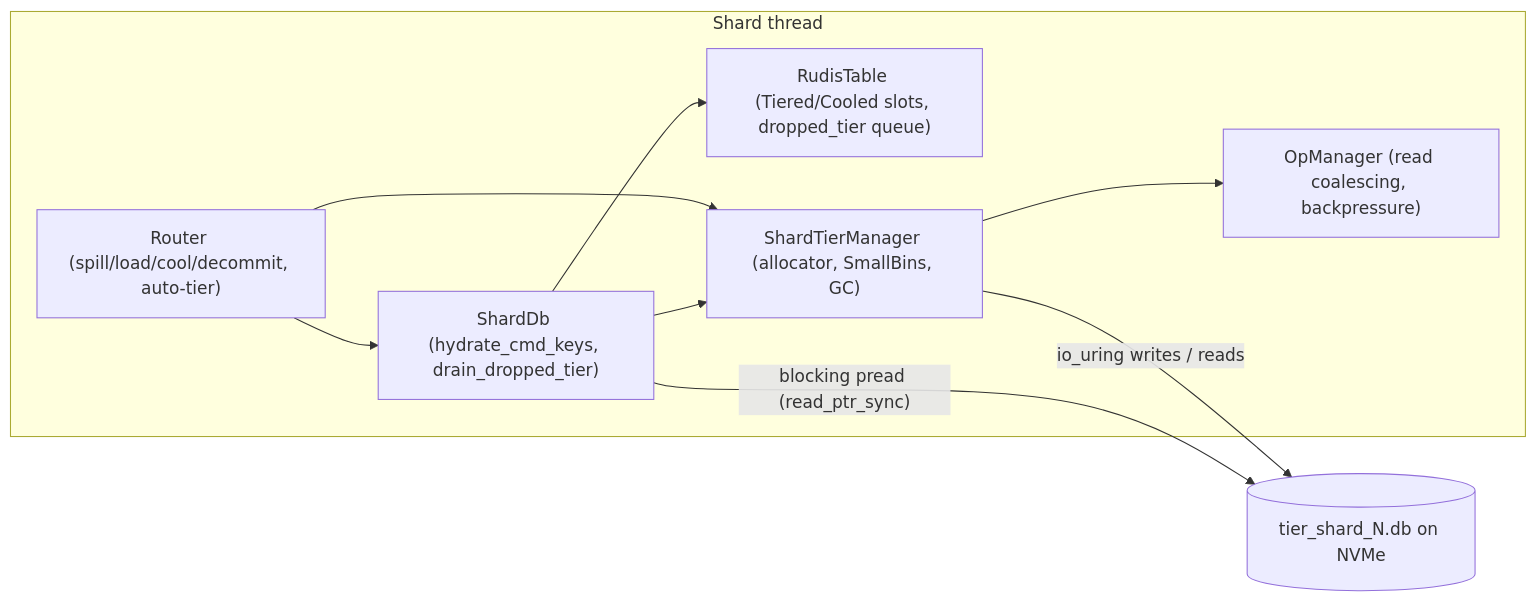
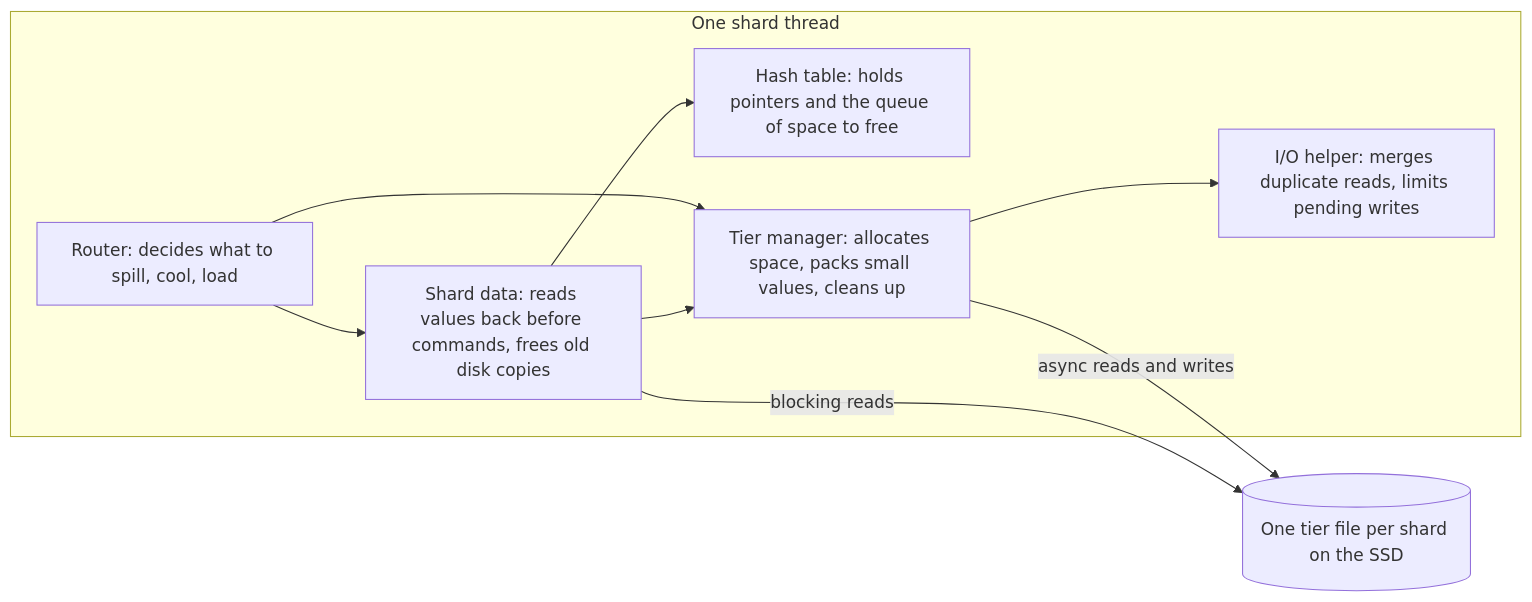
One commit to warrenzhu25/rudis changed the second of 2 diagrams in docs/internal/07_nvme_tiering.md. Above: the diagram before and after it, drawn with Mermaid. The commit also changed other lines of this file and 18 other files, not shown here.

````diff
--- a/docs/internal/07_nvme_tiering.md
+++ b/docs/internal/07_nvme_tiering.md
@@ -69,17 +74,17 @@
 ```mermaid
 flowchart LR
-    subgraph Shard thread
-        R["Router (spill/load/cool/decommit, auto-tier)"]
-        DB["ShardDb (hydrate_cmd_keys, drain_dropped_tier)"]
-        T["RudisTable (Tiered/Cooled slots, dropped_tier queue)"]
-        TM["ShardTierManager (allocator, SmallBins, GC)"]
-        OM["OpManager (read coalescing, backpressure)"]
+    subgraph "One shard thread"
+        R["Router: decides what to spill, cool, load"]
+        DB["Shard data: reads values back before commands, frees old disk copies"]
+        T["Hash table: holds pointers and the queue of space to free"]
+        TM["Tier manager: allocates space, packs small values, cleans up"]
+        OM["I/O helper: merges duplicate reads, limits pending writes"]
     end
-    F[("tier_shard_N.db on NVMe")]
+    F[("One tier file per shard on the SSD")]
     R --> DB --> T
     R --> TM
     DB --> TM
     TM --> OM
-    TM -- "io_uring writes / reads" --> F
-    DB -- "blocking pread (read_ptr_sync)" --> F
+    TM -- "async reads and writes" --> F
+    DB -- "blocking reads" --> F
 ```
````
